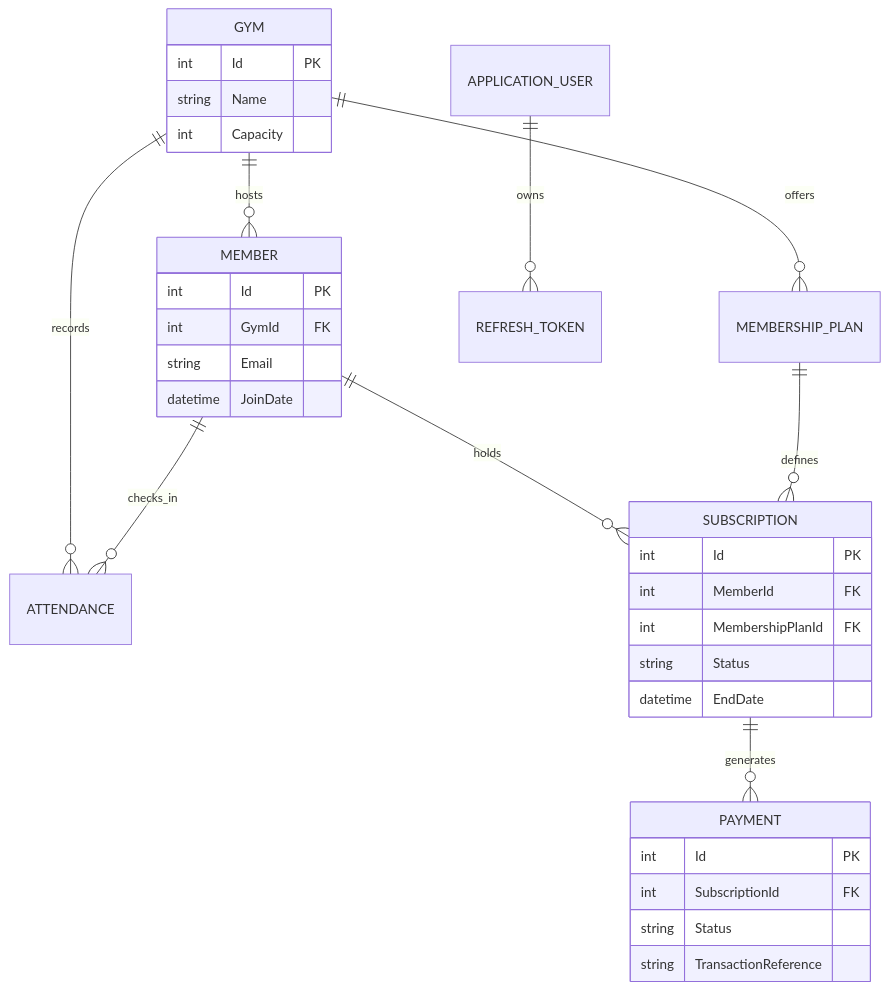
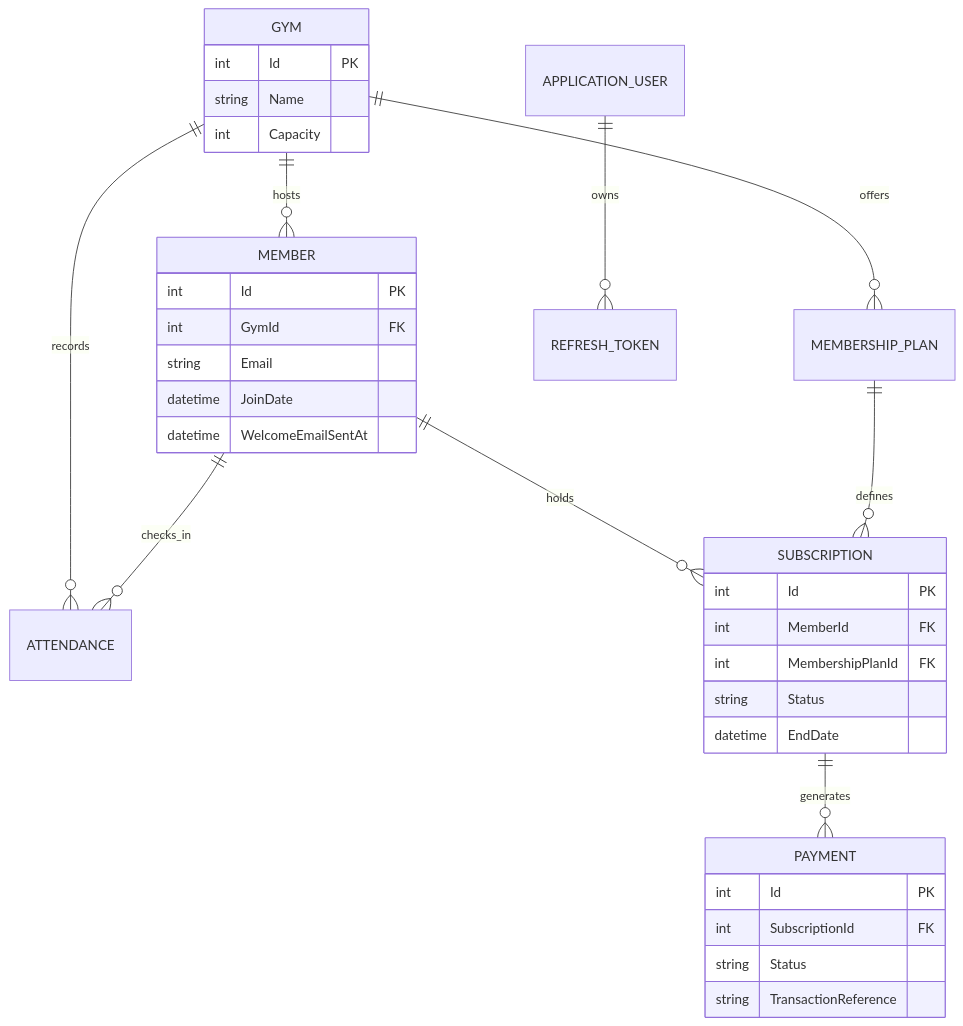
The second of 2 diagrams in README.md (Ommmarr111/Gym-Management-System), drawn with Mermaid before and after one commit. The commit also changed other lines of this file, not shown here.

````diff
--- a/README.md
+++ b/README.md
@@ -93,36 +93,37 @@
 ```mermaid
 erDiagram
     GYM ||--o{ MEMBER : hosts
     GYM ||--o{ MEMBERSHIP_PLAN : offers
     GYM ||--o{ ATTENDANCE : records
     MEMBER ||--o{ SUBSCRIPTION : holds
     MEMBER ||--o{ ATTENDANCE : checks_in
     MEMBERSHIP_PLAN ||--o{ SUBSCRIPTION : defines
     SUBSCRIPTION ||--o{ PAYMENT : generates
     APPLICATION_USER ||--o{ REFRESH_TOKEN : owns
 
     GYM {
         int Id PK
         string Name
         int Capacity
     }
     MEMBER {
         int Id PK
         int GymId FK
         string Email
         datetime JoinDate
+        datetime WelcomeEmailSentAt
     }
     SUBSCRIPTION {
         int Id PK
         int MemberId FK
         int MembershipPlanId FK
         string Status
         datetime EndDate
     }
     PAYMENT {
         int Id PK
         int SubscriptionId FK
         string Status
         string TransactionReference
     }
 ```
````
